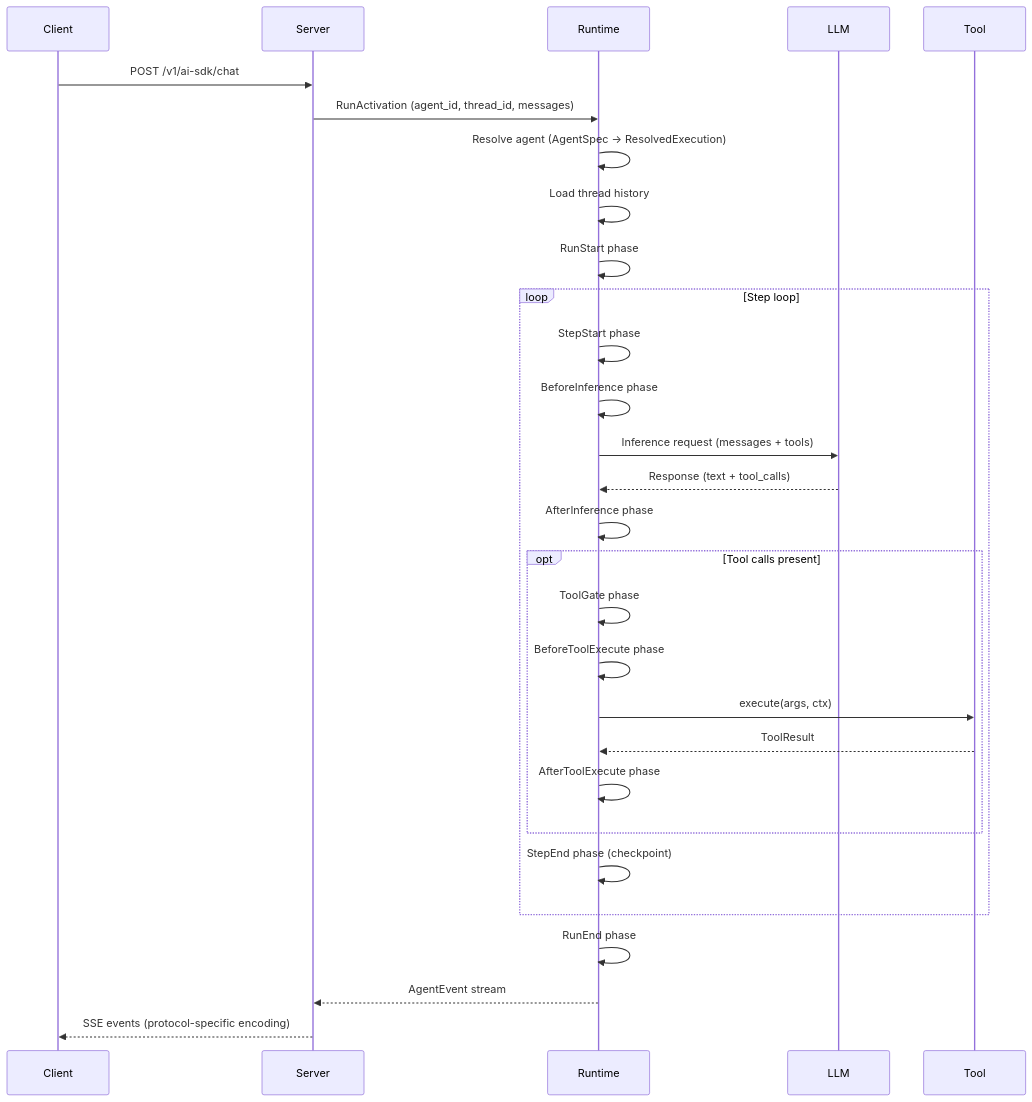
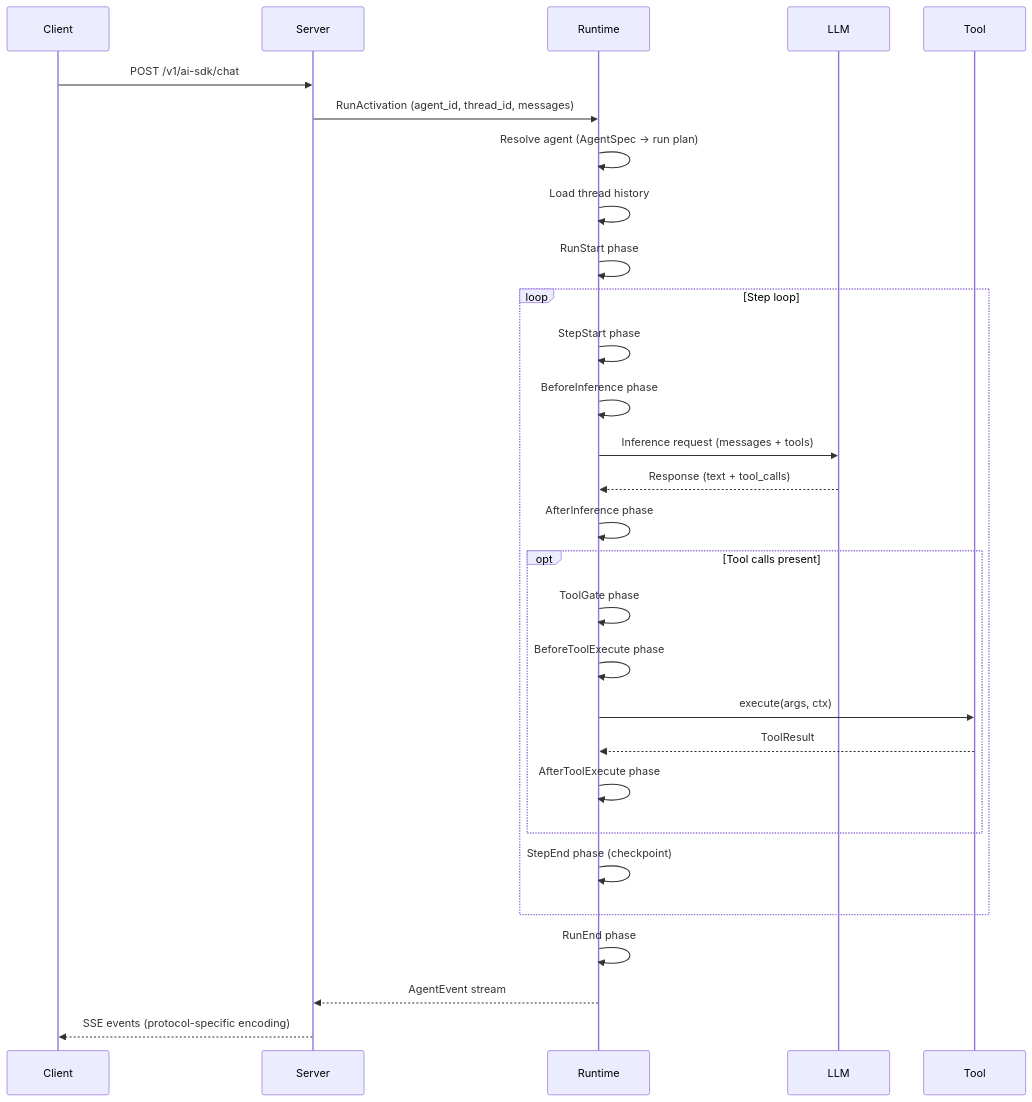
Before and after one commit to awakenworks/awaken: the diagram in apps/www/src/content/docs/zh-cn/explanation/architecture.md, drawn with Mermaid. The commit also changed other lines of this file and 147 other files, not shown here.

````diff
--- a/apps/www/src/content/docs/zh-cn/explanation/architecture.md
+++ b/apps/www/src/content/docs/zh-cn/explanation/architecture.md
@@ -35,32 +47,32 @@
 ```mermaid
 sequenceDiagram
     participant Client
     participant Server
     participant Runtime
     participant LLM
     participant Tool
 
     Client->>Server: POST /v1/ai-sdk/chat
     Server->>Runtime: RunActivation (agent_id, thread_id, messages)
-    Runtime->>Runtime: Resolve agent (AgentSpec -> ResolvedExecution)
+    Runtime->>Runtime: Resolve agent (AgentSpec -> run plan)
     Runtime->>Runtime: Load thread history
     Runtime->>Runtime: RunStart phase
     loop Step loop
         Runtime->>Runtime: StepStart phase
         Runtime->>Runtime: BeforeInference phase
         Runtime->>LLM: Inference request (messages + tools)
         LLM-->>Runtime: Response (text + tool_calls)
         Runtime->>Runtime: AfterInference phase
         opt Tool calls present
             Runtime->>Runtime: ToolGate phase
             Runtime->>Runtime: BeforeToolExecute phase
             Runtime->>Tool: execute(args, ctx)
             Tool-->>Runtime: ToolResult
             Runtime->>Runtime: AfterToolExecute phase
         end
         Runtime->>Runtime: StepEnd phase (checkpoint)
     end
     Runtime->>Runtime: RunEnd phase
     Runtime-->>Server: AgentEvent stream
     Server-->>Client: SSE events (protocol-specific encoding)
 ```
````
